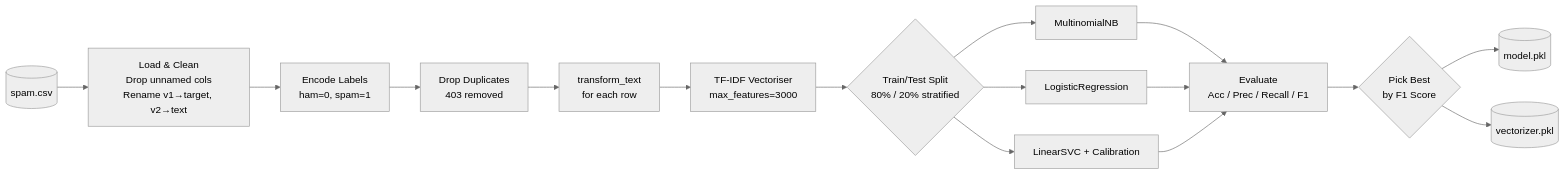
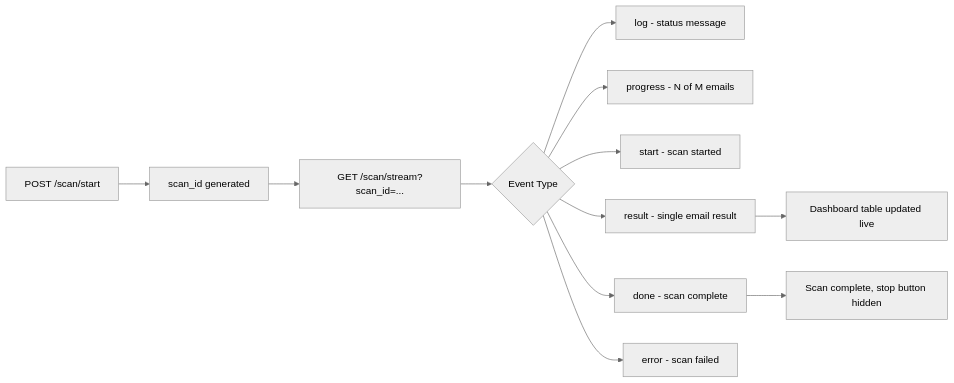
The third of 3 diagrams in README.md (Atharva-666/igrris), drawn with Mermaid (neutral theme) before and after one commit. The commit also changed other lines of this file, not shown here.

````diff
--- a/README.md
+++ b/README.md
@@ -104,18 +113,14 @@
 ```mermaid
 flowchart LR
-    A[(spam.csv)] --> B[Load & Clean\nDrop unnamed cols\nRename v1→target, v2→text]
-    B --> C[Encode Labels\nham=0, spam=1]
-    C --> D[Drop Duplicates\n403 removed]
-    D --> E[transform_text\nfor each row]
-    E --> F[TF-IDF Vectoriser\nmax_features=3000]
-    F --> G{Train/Test Split\n80% / 20% stratified}
-    G --> H1[MultinomialNB]
-    G --> H2[LogisticRegression]
-    G --> H3[LinearSVC + Calibration]
-    H1 --> I[Evaluate\nAcc / Prec / Recall / F1]
-    H2 --> I
-    H3 --> I
-    I --> J{Pick Best\nby F1 Score}
-    J --> K[(model.pkl)]
-    J --> L[(vectorizer.pkl)]
+    A[POST /scan/start] --> B[scan_id generated]
+    B --> C[GET /scan/stream?scan_id=...]
+    C --> D{Event Type}
+    D --> E[log - status message]
+    D --> F[progress - N of M emails]
+    D --> G[start - scan started]
+    D --> H[result - single email result]
+    D --> I[done - scan complete]
+    D --> J[error - scan failed]
+    H --> K[Dashboard table updated live]
+    I --> L[Scan complete, stop button hidden]
 ```
````
